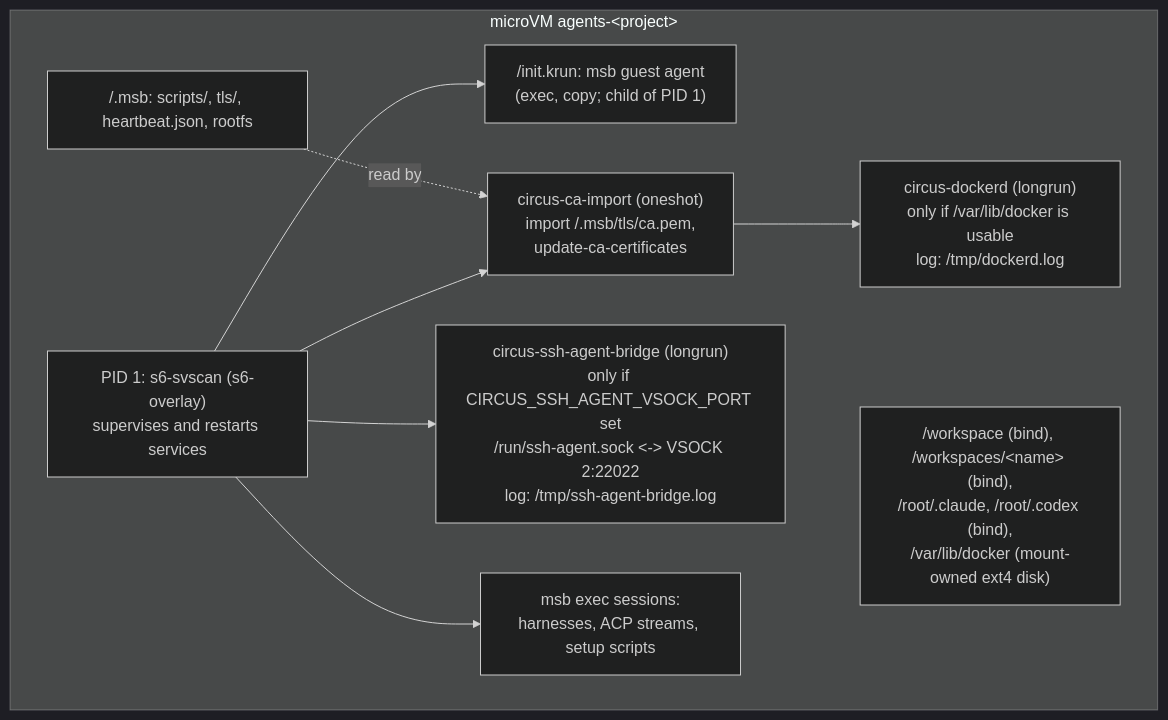
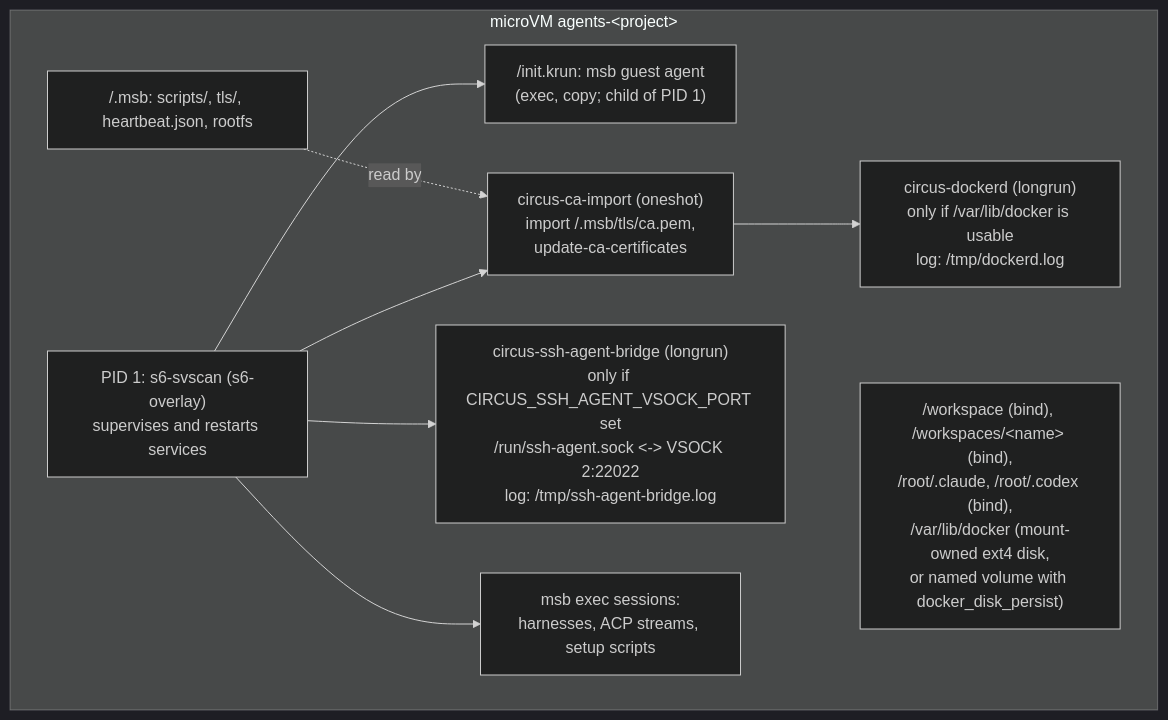
Before and after one commit to Embedded-Focus/agent-circus: the fifth of 7 diagrams in ARCHITECTURE.md, drawn with Mermaid (dark theme). The commit also changed other lines of this file and 7 other files, not shown here.

````diff
--- a/ARCHITECTURE.md
+++ b/ARCHITECTURE.md
@@ -252,18 +252,18 @@
 ```mermaid
 flowchart TB
     subgraph guest["microVM agents-&lt;project&gt;"]
         init["PID 1: s6-svscan (s6-overlay)<br/>supervises and restarts services"]
         agentd["/init.krun: msb guest agent<br/>(exec, copy; child of PID 1)"]
         ca["circus-ca-import (oneshot)<br/>import /.msb/tls/ca.pem,<br/>update-ca-certificates"]
         dockerd["circus-dockerd (longrun)<br/>only if /var/lib/docker is usable<br/>log: /tmp/dockerd.log"]
         socat["circus-ssh-agent-bridge (longrun)<br/>only if CIRCUS_SSH_AGENT_VSOCK_PORT set<br/>/run/ssh-agent.sock <-> VSOCK 2:22022<br/>log: /tmp/ssh-agent-bridge.log"]
         execs["msb exec sessions:<br/>harnesses, ACP streams, setup scripts"]
         msbdir["/.msb: scripts/, tls/, heartbeat.json, rootfs"]
-        disks["/workspace (bind), /workspaces/&lt;name&gt; (bind),<br/>/root/.claude, /root/.codex (bind),<br/>/var/lib/docker (mount-owned ext4 disk)"]
+        disks["/workspace (bind), /workspaces/&lt;name&gt; (bind),<br/>/root/.claude, /root/.codex (bind),<br/>/var/lib/docker (mount-owned ext4 disk,<br/>or named volume with docker_disk_persist)"]
     end
     init --> agentd
     init --> ca --> dockerd
     init --> socat
     init --> execs
     msbdir -. read by .-> ca
 ```
````
